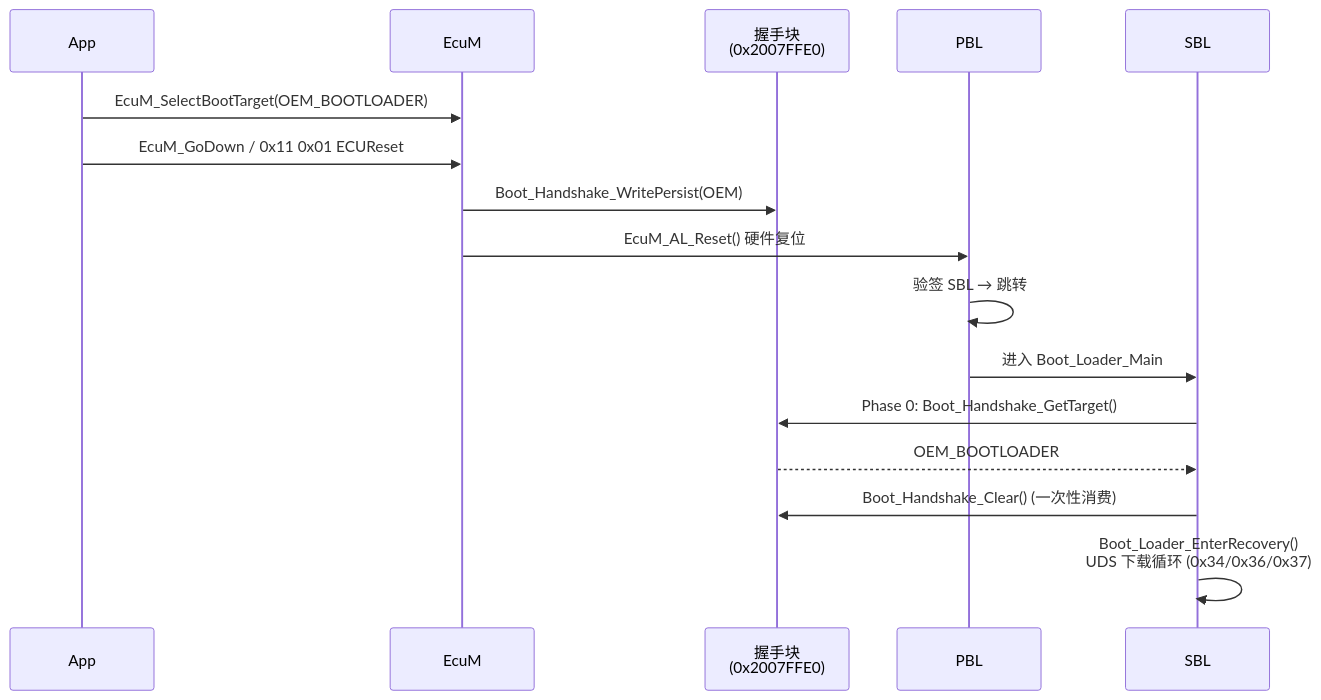
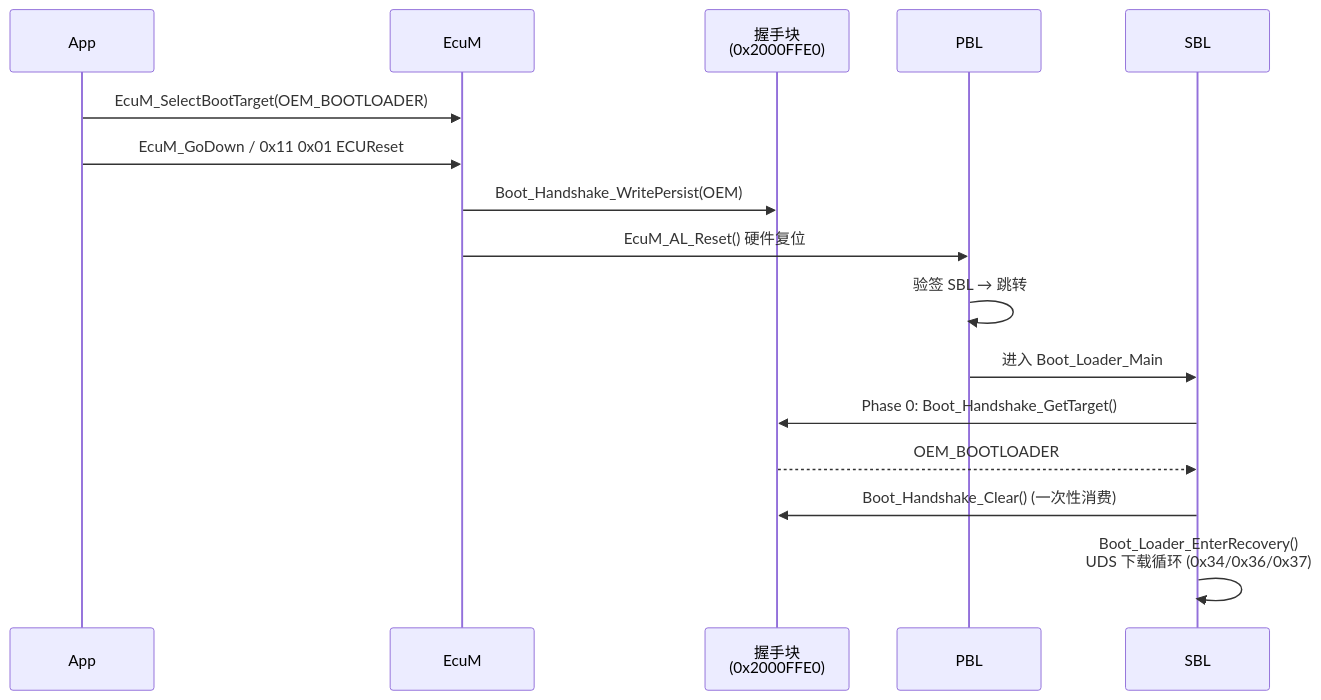
The sixth of 11 diagrams in docs/design/bootloader-design.md (frisky1985/yuleASR), drawn with Mermaid before and after one commit. The commit also changed other lines of this file and 3 other files, not shown here.

````diff
--- a/docs/design/bootloader-design.md
+++ b/docs/design/bootloader-design.md
@@ -384,18 +406,18 @@
 ```mermaid
 sequenceDiagram
     participant App
     participant EcuM
-    participant RAM as 握手块<br/>(0x2007FFE0)
+    participant RAM as 握手块<br/>(0x2000FFE0)
     participant PBL
     participant SBL
     App->>EcuM: EcuM_SelectBootTarget(OEM_BOOTLOADER)
     App->>EcuM: EcuM_GoDown / 0x11 0x01 ECUReset
     EcuM->>RAM: Boot_Handshake_WritePersist(OEM)
     EcuM->>PBL: EcuM_AL_Reset() 硬件复位
     PBL->>PBL: 验签 SBL → 跳转
     PBL->>SBL: 进入 Boot_Loader_Main
     SBL->>RAM: Phase 0: Boot_Handshake_GetTarget()
     RAM-->>SBL: OEM_BOOTLOADER
     SBL->>RAM: Boot_Handshake_Clear() (一次性消费)
     SBL->>SBL: Boot_Loader_EnterRecovery()<br/>UDS 下载循环 (0x34/0x36/0x37)
 ```
````
